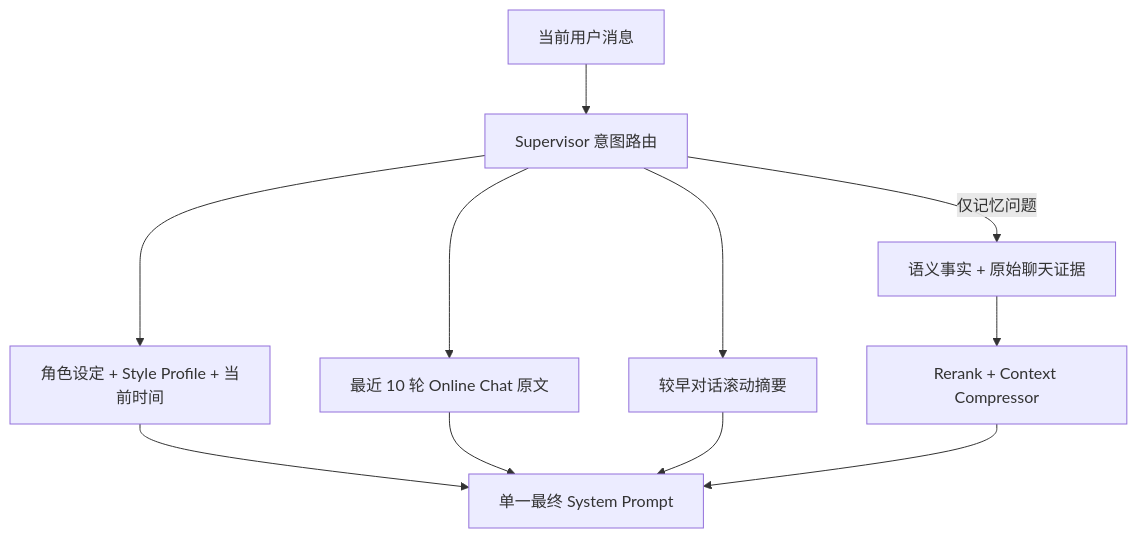
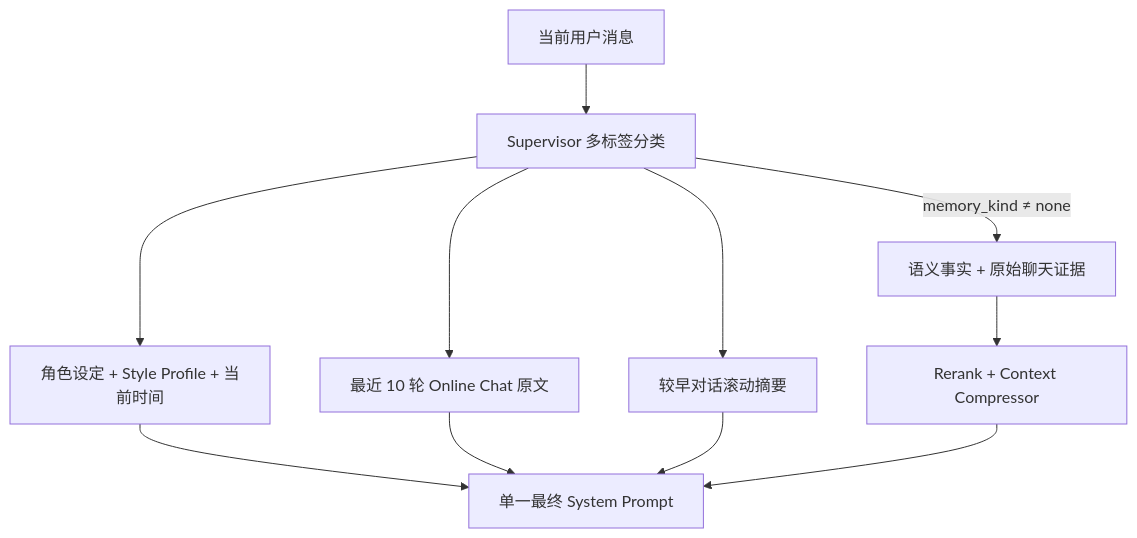
The second of 4 diagrams in README.md (liujunjie20240416/zhaojingying-cc), drawn with Mermaid before and after one commit. The commit also changed other lines of this file and 2 other files, not shown here.

First line of the commit message:
docs: describe the multi-label supervisor instead of the keyword router

````diff
--- a/README.md
+++ b/README.md
@@ -110,13 +110,13 @@
 ```mermaid
 flowchart TD
-    Q["当前用户消息"] --> ROUTE["Supervisor 意图路由"]
+    Q["当前用户消息"] --> ROUTE["Supervisor 多标签分类"]
     ROUTE --> BASE["角色设定 + Style Profile + 当前时间"]
     ROUTE --> RECENT["最近 10 轮 Online Chat 原文"]
     ROUTE --> SUMMARY["较早对话滚动摘要"]
-    ROUTE -->|仅记忆问题| RETRIEVE["语义事实 + 原始聊天证据"]
+    ROUTE -->|memory_kind ≠ none| RETRIEVE["语义事实 + 原始聊天证据"]
     RETRIEVE --> COMPRESS["Rerank + Context Compressor"]
     BASE --> FINAL["单一最终 System Prompt"]
     RECENT --> FINAL
     SUMMARY --> FINAL
     COMPRESS --> FINAL
 ```
````
